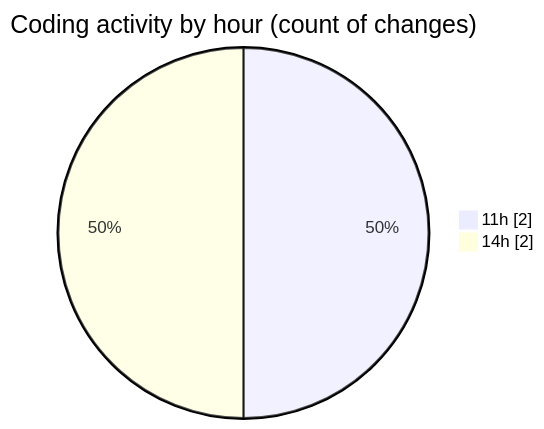
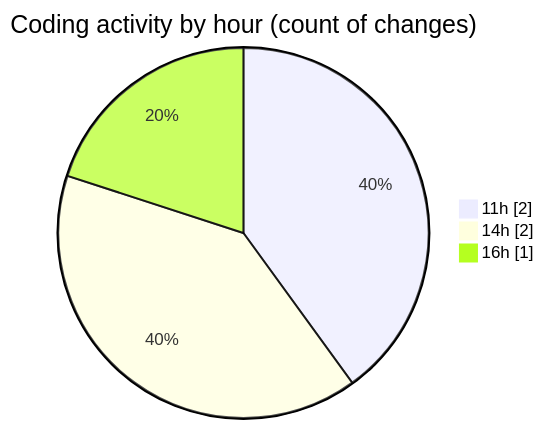
The second of 2 diagrams in 2025-07-17/urlwebwala_intership_work/README.md (Ritupan-Deka/code-tracking), drawn with Mermaid before and after one commit. The commit also changed other lines of this file and 1 other file, not shown here.

````diff
--- a/2025-07-17/urlwebwala_intership_work/README.md
+++ b/2025-07-17/urlwebwala_intership_work/README.md
@@ -28,6 +28,7 @@
 ```mermaid
 pie showData
 title Coding activity by hour (count of changes)
 "11h" : 2
 "14h" : 2
+"16h" : 1
 ```
````
